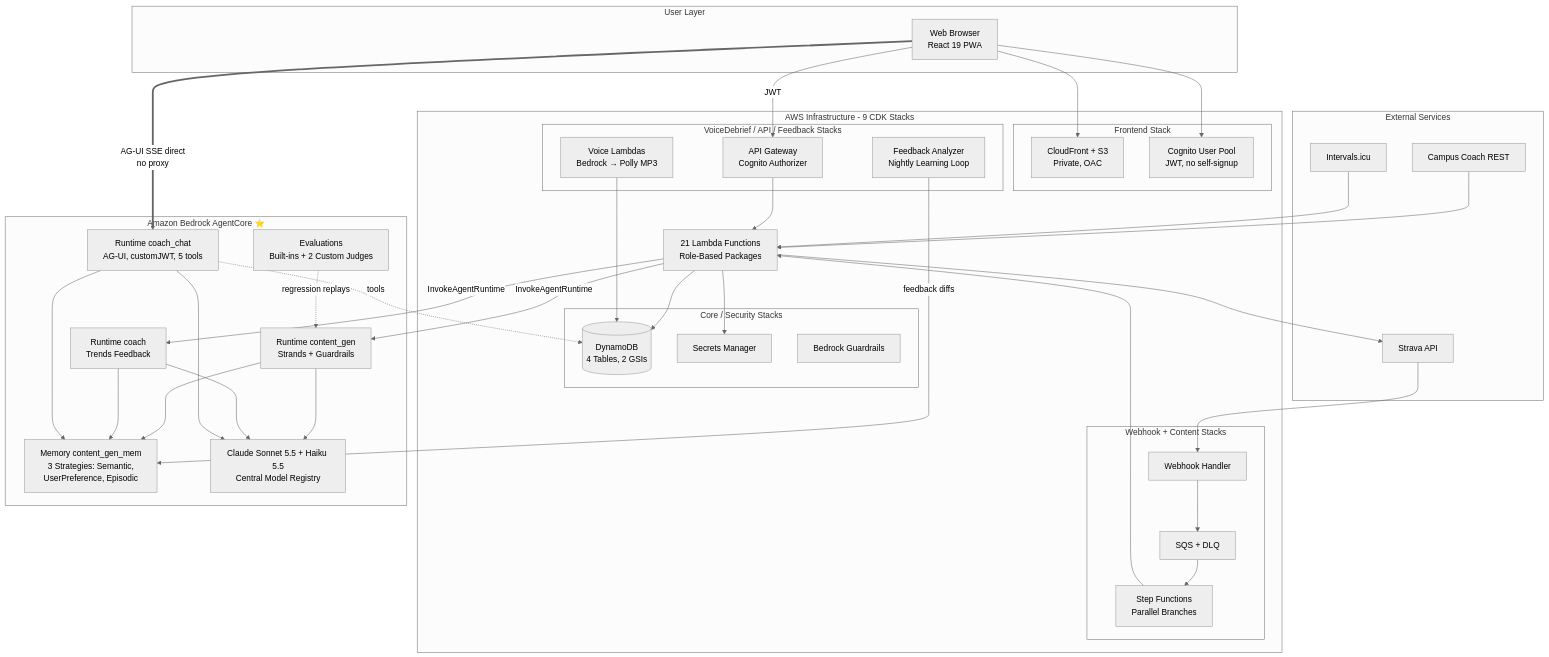
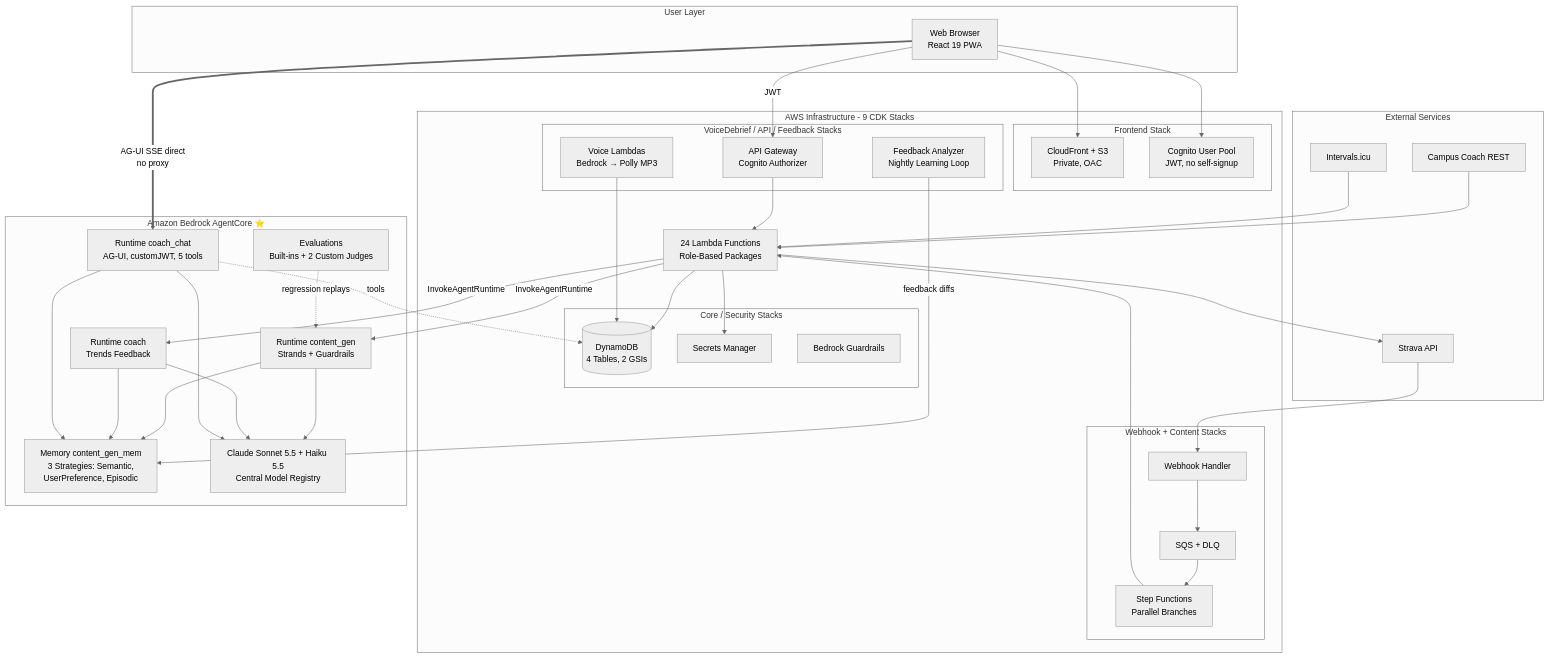
One commit to el-pedrito/strava-ai-boost changed the first of 2 diagrams in README.md. Above: the diagram before and after it, drawn with Mermaid (neutral theme). The commit also changed other lines of this file and 5 other files, not shown here.

````diff
--- a/README.md
+++ b/README.md
@@ -347,76 +347,76 @@
 ```mermaid
 graph TB
     subgraph "User Layer"
         Browser[Web Browser<br/>React 19 PWA]
     end
 
     subgraph "AWS Infrastructure - 9 CDK Stacks"
         subgraph "Frontend Stack"
             CF[CloudFront + S3<br/>Private, OAC]
             Cognito[Cognito User Pool<br/>JWT, no self-signup]
         end
 
         subgraph "Core / Security Stacks"
             DDB[(DynamoDB<br/>4 Tables, 2 GSIs)]
             Secrets[Secrets Manager]
             Guardrails[Bedrock Guardrails]
         end
 
         subgraph "Webhook + Content Stacks"
             WebhookAPI[Webhook Handler]
             SQS[SQS + DLQ]
             SF[Step Functions<br/>Parallel Branches]
         end
 
         subgraph "VoiceDebrief / API / Feedback Stacks"
             Voice[Voice Lambdas<br/>Bedrock → Polly MP3]
             APIGW[API Gateway<br/>Cognito Authorizer]
             FB[Feedback Analyzer<br/>Nightly Learning Loop]
         end
 
-        Lambdas[21 Lambda Functions<br/>Role-Based Packages]
+        Lambdas[24 Lambda Functions<br/>Role-Based Packages]
     end
 
     subgraph "Amazon Bedrock AgentCore ⭐"
         RTContent[Runtime content_gen<br/>Strands + Guardrails]
         RTCoach[Runtime coach<br/>Trends Feedback]
         RTChat[Runtime coach_chat<br/>AG-UI, customJWT, 5 tools]
         Memory[Memory content_gen_mem<br/>3 Strategies: Semantic,<br/>UserPreference, Episodic]
         Evals[Evaluations<br/>Built-ins + 2 Custom Judges]
         Bedrock[Claude Sonnet 5.5 + Haiku 5.5<br/>Central Model Registry]
     end
 
     subgraph "External Services"
         Strava[Strava API]
         Campus[Campus Coach REST]
         ICU[Intervals.icu]
     end
 
     Browser --> CF
     Browser --> Cognito
     Browser -->|JWT| APIGW
     Browser ==>|AG-UI SSE direct<br/>no proxy| RTChat
     APIGW --> Lambdas
     Lambdas --> DDB
     Lambdas --> Secrets
 
     Strava --> WebhookAPI
     WebhookAPI --> SQS
     SQS --> SF
     SF --> Lambdas
     Lambdas -->|InvokeAgentRuntime| RTContent
     Lambdas -->|InvokeAgentRuntime| RTCoach
     RTContent --> Memory
     RTCoach --> Memory
     RTChat --> Memory
     RTChat -.->|tools| DDB
     RTContent --> Bedrock
     RTCoach --> Bedrock
     RTChat --> Bedrock
     Evals -.->|regression replays| RTContent
     FB -->|feedback diffs| Memory
     Lambdas --> Strava
     Campus --> Lambdas
     ICU --> Lambdas
     Voice --> DDB
 ```
````
